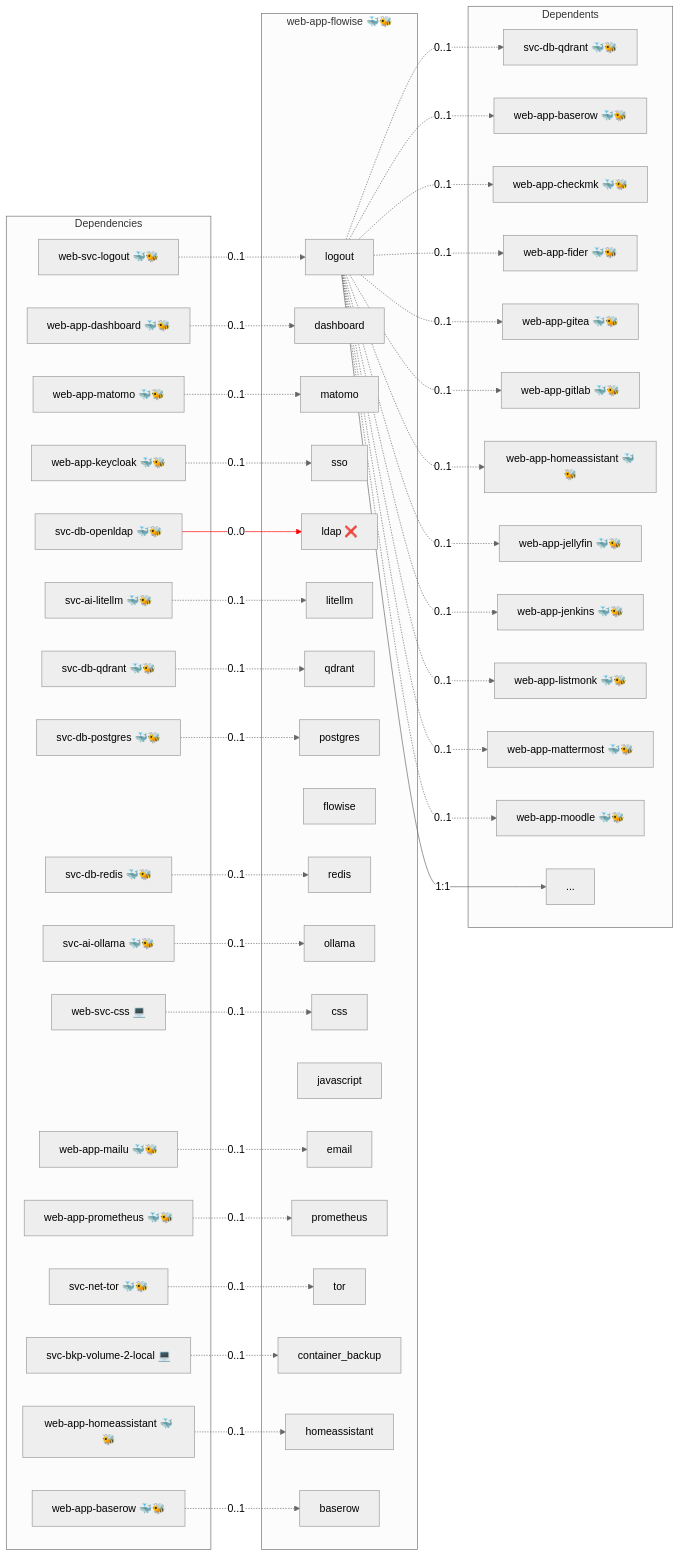
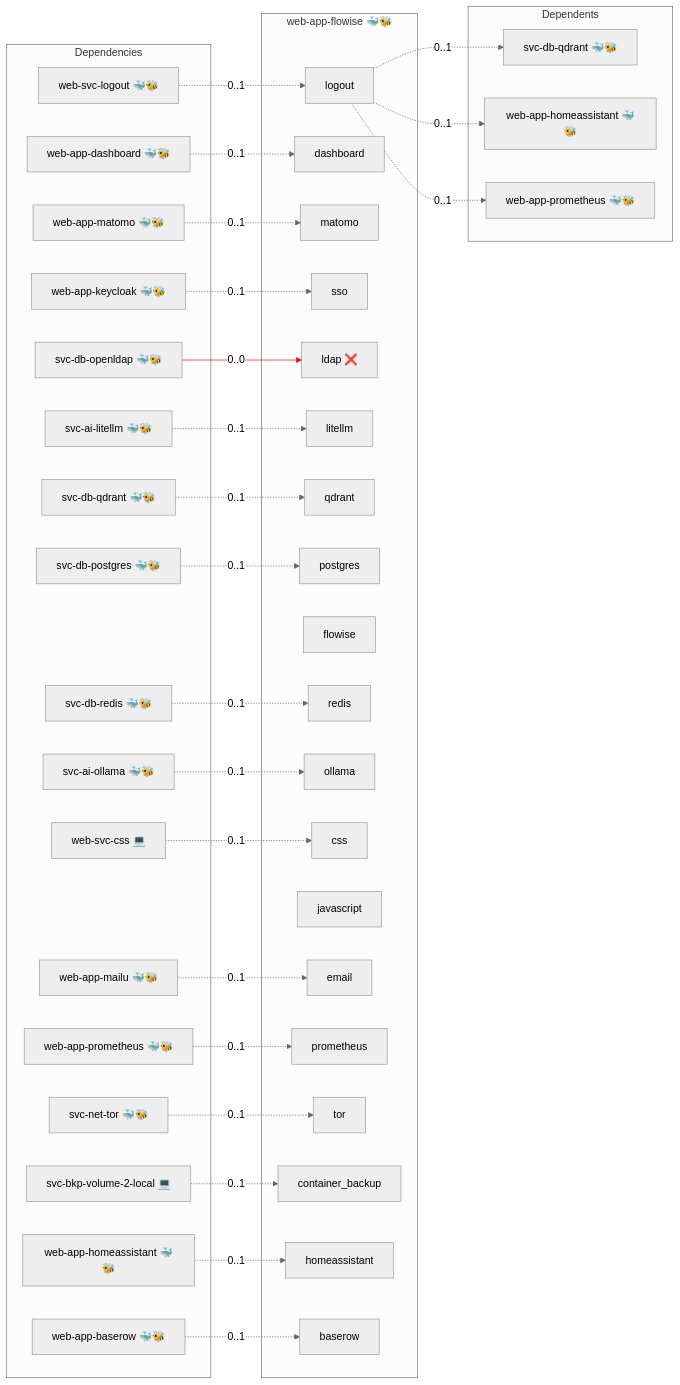
Before and after one commit to infinito-nexus/core: the diagram in roles/web-app-flowise/README.md, drawn with Mermaid (neutral theme). The commit also changed 66 other files, not shown here.

````diff
--- a/roles/web-app-flowise/README.md
+++ b/roles/web-app-flowise/README.md
@@ -56,18 +56,8 @@
     end
     subgraph dependents [Dependents]
         dpt_svc_db_qdrant["svc-db-qdrant 🐳🐝"]
-        dpt_web_app_baserow["web-app-baserow 🐳🐝"]
-        dpt_web_app_checkmk["web-app-checkmk 🐳🐝"]
-        dpt_web_app_fider["web-app-fider 🐳🐝"]
-        dpt_web_app_gitea["web-app-gitea 🐳🐝"]
-        dpt_web_app_gitlab["web-app-gitlab 🐳🐝"]
         dpt_web_app_homeassistant["web-app-homeassistant 🐳🐝"]
-        dpt_web_app_jellyfin["web-app-jellyfin 🐳🐝"]
-        dpt_web_app_jenkins["web-app-jenkins 🐳🐝"]
-        dpt_web_app_listmonk["web-app-listmonk 🐳🐝"]
-        dpt_web_app_mattermost["web-app-mattermost 🐳🐝"]
-        dpt_web_app_moodle["web-app-moodle 🐳🐝"]
-        dpt_more["..."]
+        dpt_web_app_prometheus["web-app-prometheus 🐳🐝"]
     end
     dep_svc_ai_litellm -. "0..1" .-> svc_litellm
     dep_svc_ai_ollama -. "0..1" .-> svc_ollama
@@ -86,18 +76,8 @@
     dep_web_app_prometheus -. "0..1" .-> svc_prometheus
     dep_web_svc_css -. "0..1" .-> svc_css
     dep_web_svc_logout -. "0..1" .-> svc_logout
-    svc_logout -- "1:1" --> dpt_more
     svc_logout -. "0..1" .-> dpt_svc_db_qdrant
-    svc_logout -. "0..1" .-> dpt_web_app_baserow
-    svc_logout -. "0..1" .-> dpt_web_app_checkmk
-    svc_logout -. "0..1" .-> dpt_web_app_fider
-    svc_logout -. "0..1" .-> dpt_web_app_gitea
-    svc_logout -. "0..1" .-> dpt_web_app_gitlab
     svc_logout -. "0..1" .-> dpt_web_app_homeassistant
-    svc_logout -. "0..1" .-> dpt_web_app_jellyfin
-    svc_logout -. "0..1" .-> dpt_web_app_jenkins
-    svc_logout -. "0..1" .-> dpt_web_app_listmonk
-    svc_logout -. "0..1" .-> dpt_web_app_mattermost
-    svc_logout -. "0..1" .-> dpt_web_app_moodle
+    svc_logout -. "0..1" .-> dpt_web_app_prometheus
     linkStyle 3 stroke:red;
 ```
````
